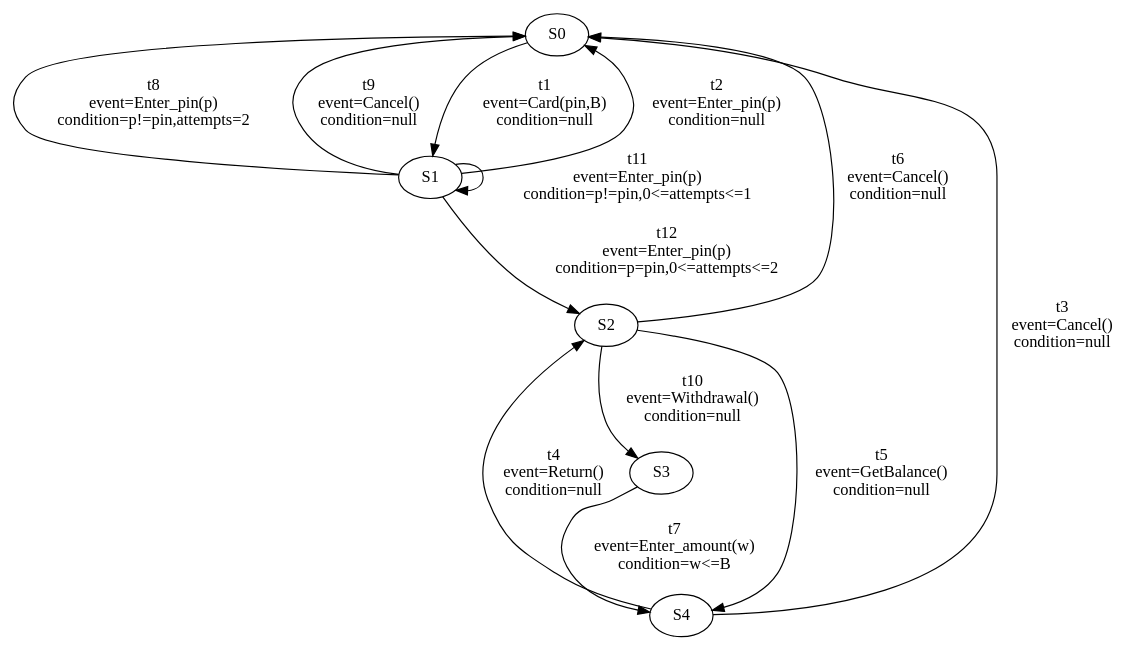
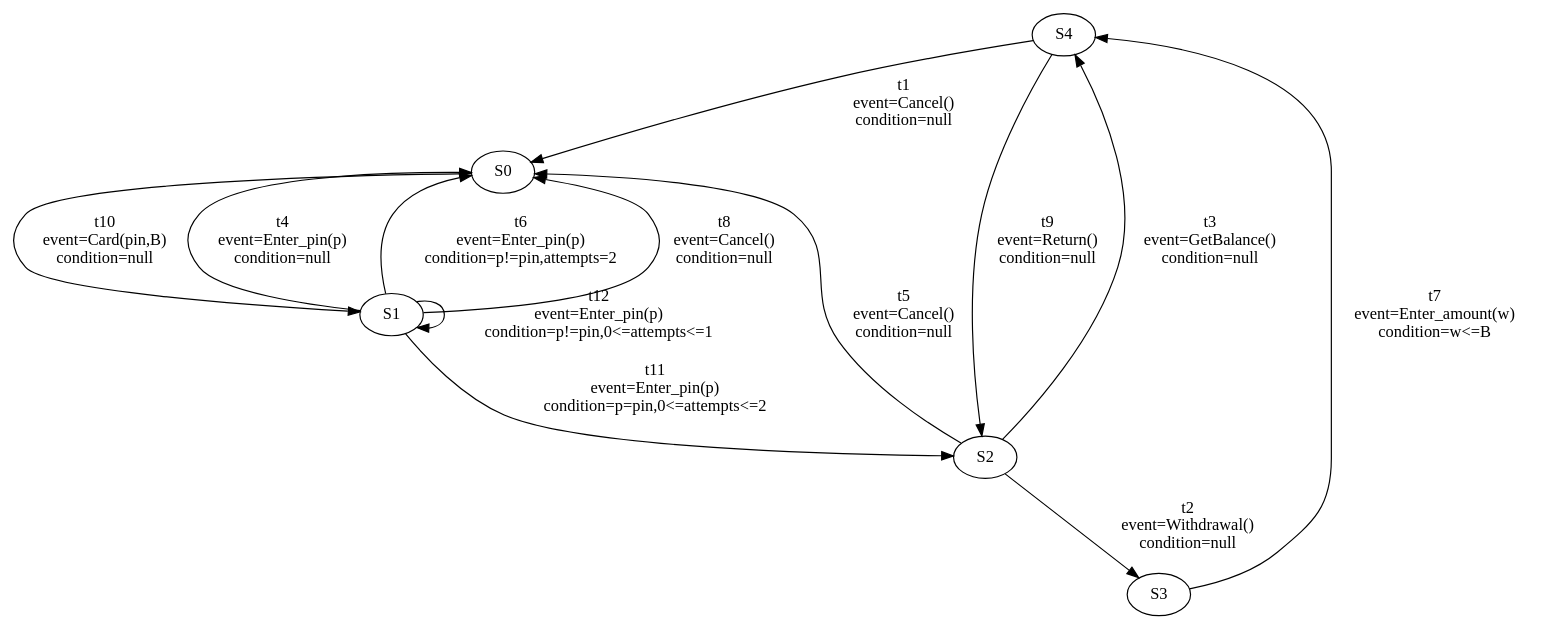
Before and after one commit to Catxiaobai/project: the diagram in file/result1.dot, drawn with Graphviz. The commit also changed 11 other files, not shown here.

```diff
--- a/file/result1.dot
+++ b/file/result1.dot
@@ -1,38 +1,38 @@
 digraph g {
- S0 -> S1 [ label="t1
-event=Card(pin,B)
+ S4 -> S0 [ label="t1
+event=Cancel()
 condition=null" ];
- S1 -> S0 [ label="t2
+ S2 -> S3 [ label="t2
+event=Withdrawal()
+condition=null" ];
+ S2 -> S4 [ label="t3
+event=GetBalance()
+condition=null" ];
+ S1 -> S0 [ label="t4
 event=Enter_pin(p)
 condition=null" ];
- S4 -> S0 [ label="t3
+ S2 -> S0 [ label="t5
 event=Cancel()
 condition=null" ];
- S4 -> S2 [ label="t4
-event=Return()
-condition=null" ];
- S2 -> S4 [ label="t5
-event=GetBalance()
-condition=null" ];
- S2 -> S0 [ label="t6
-event=Cancel()
-condition=null" ];
+ S1 -> S0 [ label="t6
+event=Enter_pin(p)
+condition=p!=pin,attempts=2" ];
  S3 -> S4 [ label="t7
 event=Enter_amount(w)
 condition=w<=B" ];
  S1 -> S0 [ label="t8
-event=Enter_pin(p)
-condition=p!=pin,attempts=2" ];
- S1 -> S0 [ label="t9
 event=Cancel()
 condition=null" ];
- S2 -> S3 [ label="t10
-event=Withdrawal()
+ S4 -> S2 [ label="t9
+event=Return()
 condition=null" ];
- S1 -> S1 [ label="t11
+ S0 -> S1 [ label="t10
+event=Card(pin,B)
+condition=null" ];
+ S1 -> S2 [ label="t11
+event=Enter_pin(p)
+condition=p=pin,0<=attempts<=2" ];
+ S1 -> S1 [ label="t12
 event=Enter_pin(p)
 condition=p!=pin,0<=attempts<=1" ];
- S1 -> S2 [ label="t12
-event=Enter_pin(p)
-condition=p=pin,0<=attempts<=2" ];
 }
```
